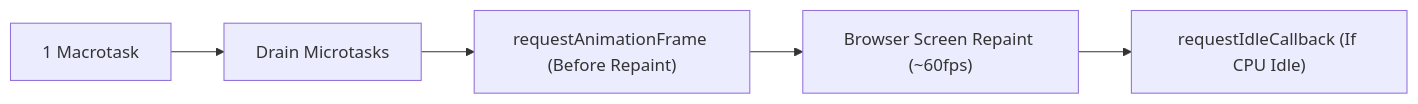
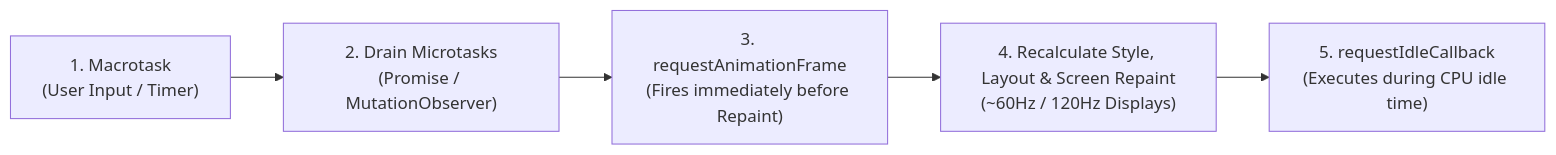
The third of 3 diagrams in js-internals/10-event-loop-internals.md (Amie-dev/engineering-playbook), drawn with Mermaid before and after one commit. The commit also changed other lines of this file and 17 other files, not shown here.

````diff
--- a/js-internals/10-event-loop-internals.md
+++ b/js-internals/10-event-loop-internals.md
@@ -135,7 +118,7 @@
 ```mermaid
 flowchart LR
-    Macrotask["1 Macrotask"] --> Microtasks["Drain Microtasks"]
-    Microtasks --> rAF["requestAnimationFrame (Before Repaint)"]
-    rAF --> Render["Browser Screen Repaint (~60fps)"]
-    Render --> rIC["requestIdleCallback (If CPU Idle)"]
+    Macrotask["1. Macrotask<br/>(User Input / Timer)"] --> Microtasks["2. Drain Microtasks<br/>(Promise / MutationObserver)"]
+    Microtasks --> rAF["3. requestAnimationFrame<br/>(Fires immediately before Repaint)"]
+    rAF --> StyleRender["4. Recalculate Style, Layout & Screen Repaint<br/>(~60Hz / 120Hz Displays)"]
+    StyleRender --> rIC["5. requestIdleCallback<br/>(Executes during CPU idle time)"]
 ```
````
